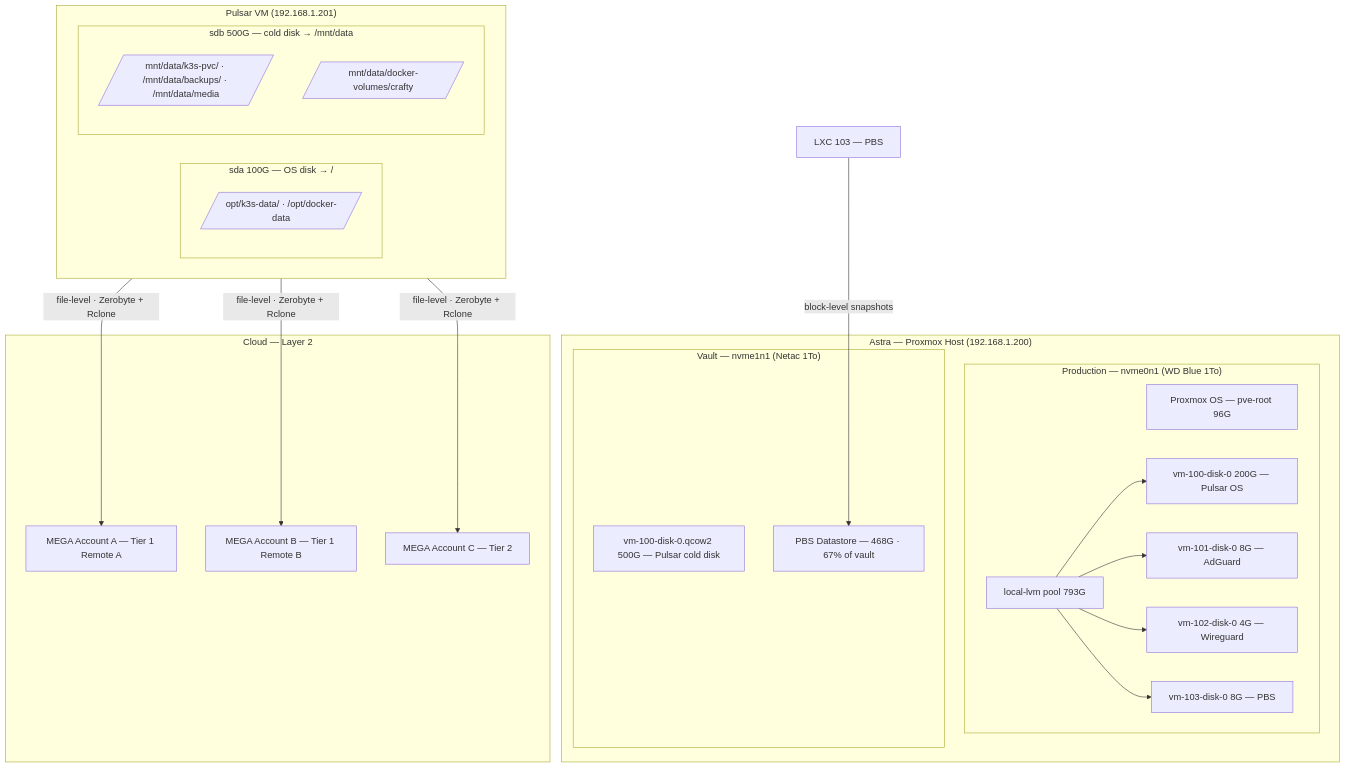
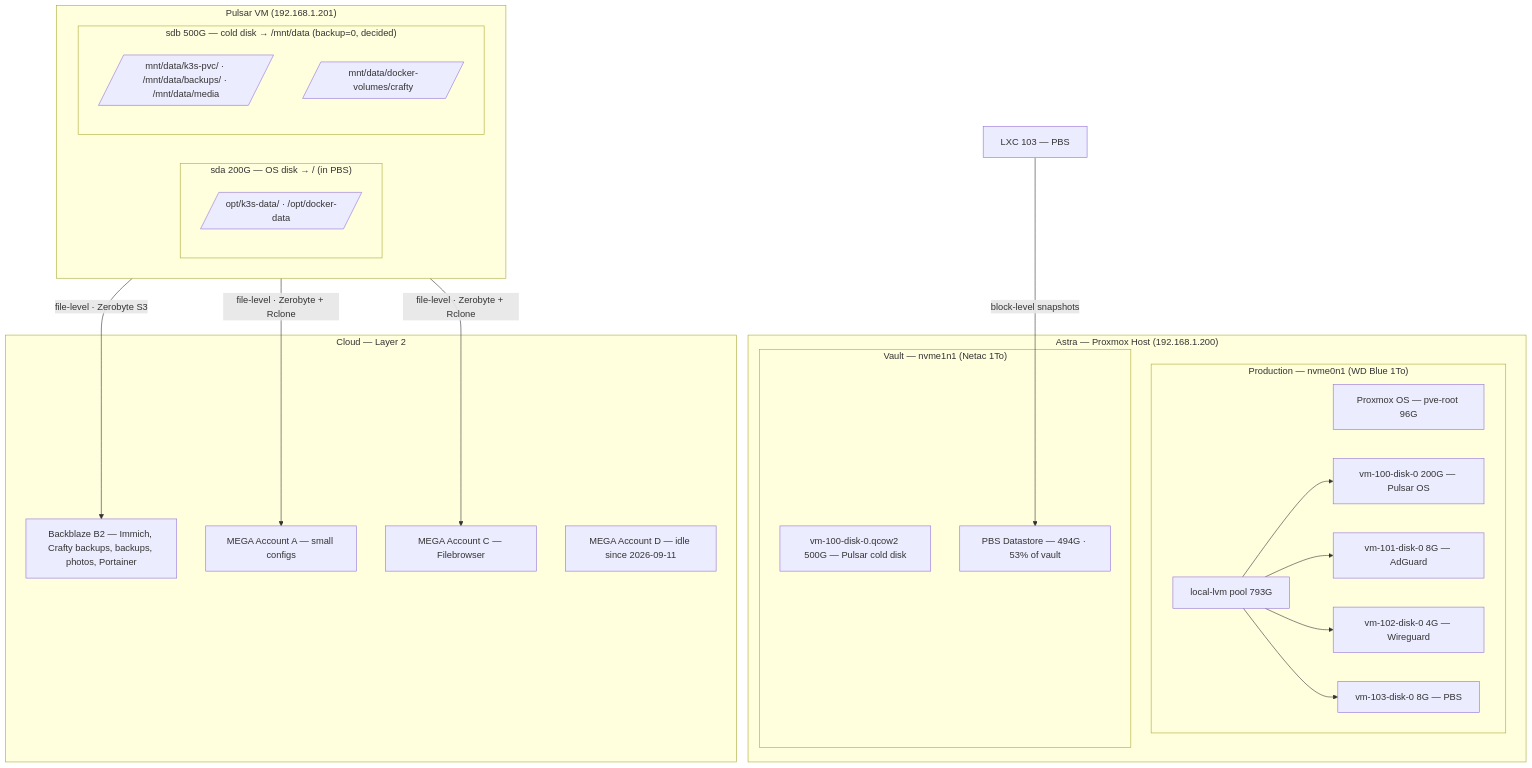
The diagram in docs/BACKUP.md (Enoal-Fauchille-Bolle/Astra-ops), drawn with Mermaid before and after one commit. The commit also changed other lines of this file, not shown here.

Commit message:
📝 [Docs] Document off-site Crafty backups and the cold-disk PBS exclusion

````diff
--- a/docs/BACKUP.md
+++ b/docs/BACKUP.md
@@ -57,39 +62,40 @@
 ```mermaid
 graph TB
     subgraph ASTRA["Astra — Proxmox Host (192.168.1.200)"]
         subgraph PROD["Production — nvme0n1 (WD Blue 1To)"]
             PVE_OS[Proxmox OS — pve-root 96G]
             LVM[local-lvm pool 793G]
             LVM --> DISK0[vm-100-disk-0 200G — Pulsar OS]
             LVM --> DISK1[vm-101-disk-0 8G — AdGuard]
             LVM --> DISK2[vm-102-disk-0 4G — Wireguard]
             LVM --> DISK3[vm-103-disk-0 8G — PBS]
         end
 
         subgraph VAULT["Vault — nvme1n1 (Netac 1To)"]
             VAULT_IMAGES[vm-100-disk-0.qcow2 500G — Pulsar cold disk]
-            PBS_DS[PBS Datastore — 468G · 67% of vault]
+            PBS_DS[PBS Datastore — 494G · 53% of vault]
         end
     end
 
     subgraph PULSAR["Pulsar VM (192.168.1.201)"]
-        subgraph SDA["sda 100G — OS disk → /"]
+        subgraph SDA["sda 200G — OS disk → / (in PBS)"]
             OPT[/opt/k3s-data/ · /opt/docker-data/]
         end
-        subgraph SDB["sdb 500G — cold disk → /mnt/data"]
+        subgraph SDB["sdb 500G — cold disk → /mnt/data (backup=0, decided)"]
             MNT[/mnt/data/k3s-pvc/ · /mnt/data/backups/ · /mnt/data/media/]
             CRAFTY_VOL[/mnt/data/docker-volumes/crafty/]
         end
     end
 
     subgraph CLOUD["Cloud — Layer 2"]
-        MEGA_A[MEGA Account A — Tier 1 Remote A]
-        MEGA_B[MEGA Account B — Tier 1 Remote B]
-        MEGA_C[MEGA Account C — Tier 2]
+        B2[Backblaze B2 — Immich, Crafty backups, backups, photos, Portainer]
+        MEGA_A[MEGA Account A — small configs]
+        MEGA_C[MEGA Account C — Filebrowser]
+        MEGA_D[MEGA Account D — idle since 2026-09-11]
     end
 
     PBS_LXC[LXC 103 — PBS] -->|block-level snapshots| PBS_DS
+    PULSAR -->|file-level · Zerobyte S3| B2
     PULSAR -->|file-level · Zerobyte + Rclone| MEGA_A
-    PULSAR -->|file-level · Zerobyte + Rclone| MEGA_B
     PULSAR -->|file-level · Zerobyte + Rclone| MEGA_C
 ```
````
